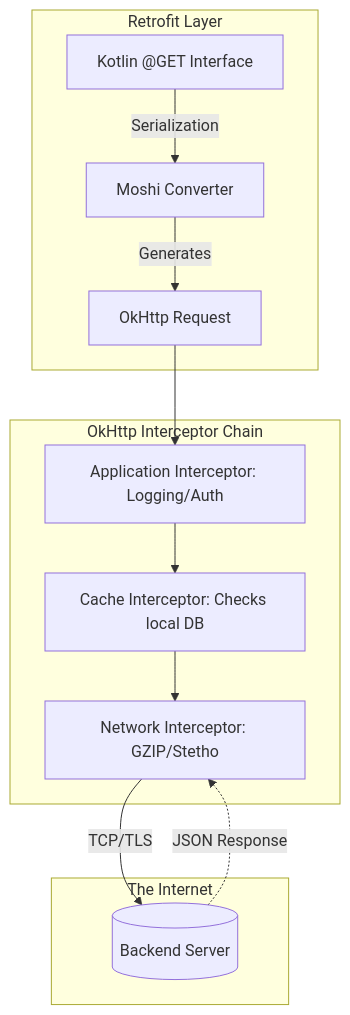
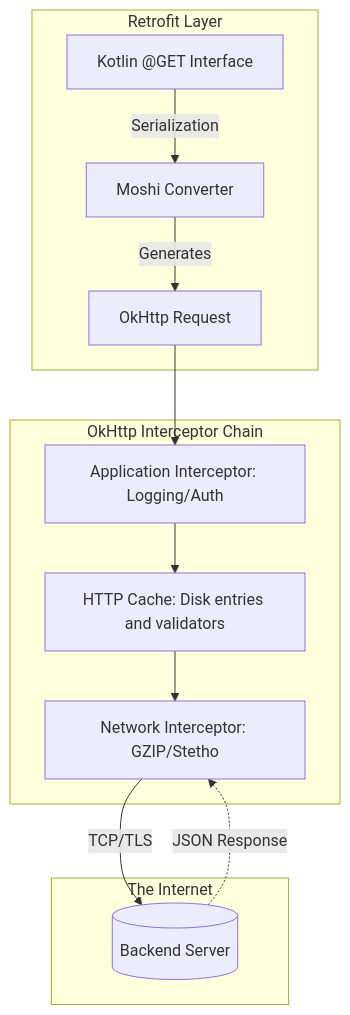
One commit to swarnsingh/android-staff-engineer-playbook-website changed the diagram in android/networking-and-security/retrofit-and-okhttp.md. Above: the diagram before and after it, drawn with Mermaid. The commit also changed other lines of this file and 11 other files, not shown here.

````diff
--- a/android/networking-and-security/retrofit-and-okhttp.md
+++ b/android/networking-and-security/retrofit-and-okhttp.md
@@ -72,19 +72,19 @@
 ```mermaid
 graph TD
     subgraph "Retrofit Layer"
         API[Kotlin @GET Interface] -->|Serialization| Moshi[Moshi Converter]
         Moshi -->|Generates| Req[OkHttp Request]
     end
     
     subgraph "OkHttp Interceptor Chain"
         Req --> AppInt[Application Interceptor: Logging/Auth]
-        AppInt --> Cache[Cache Interceptor: Checks local DB]
+        AppInt --> Cache[HTTP Cache: Disk entries and validators]
         Cache --> NetInt[Network Interceptor: GZIP/Stetho]
     end
     
     subgraph "The Internet"
         NetInt -->|TCP/TLS| Server[(Backend Server)]
     end
     
     Server -.->|JSON Response| NetInt
 ```
````
